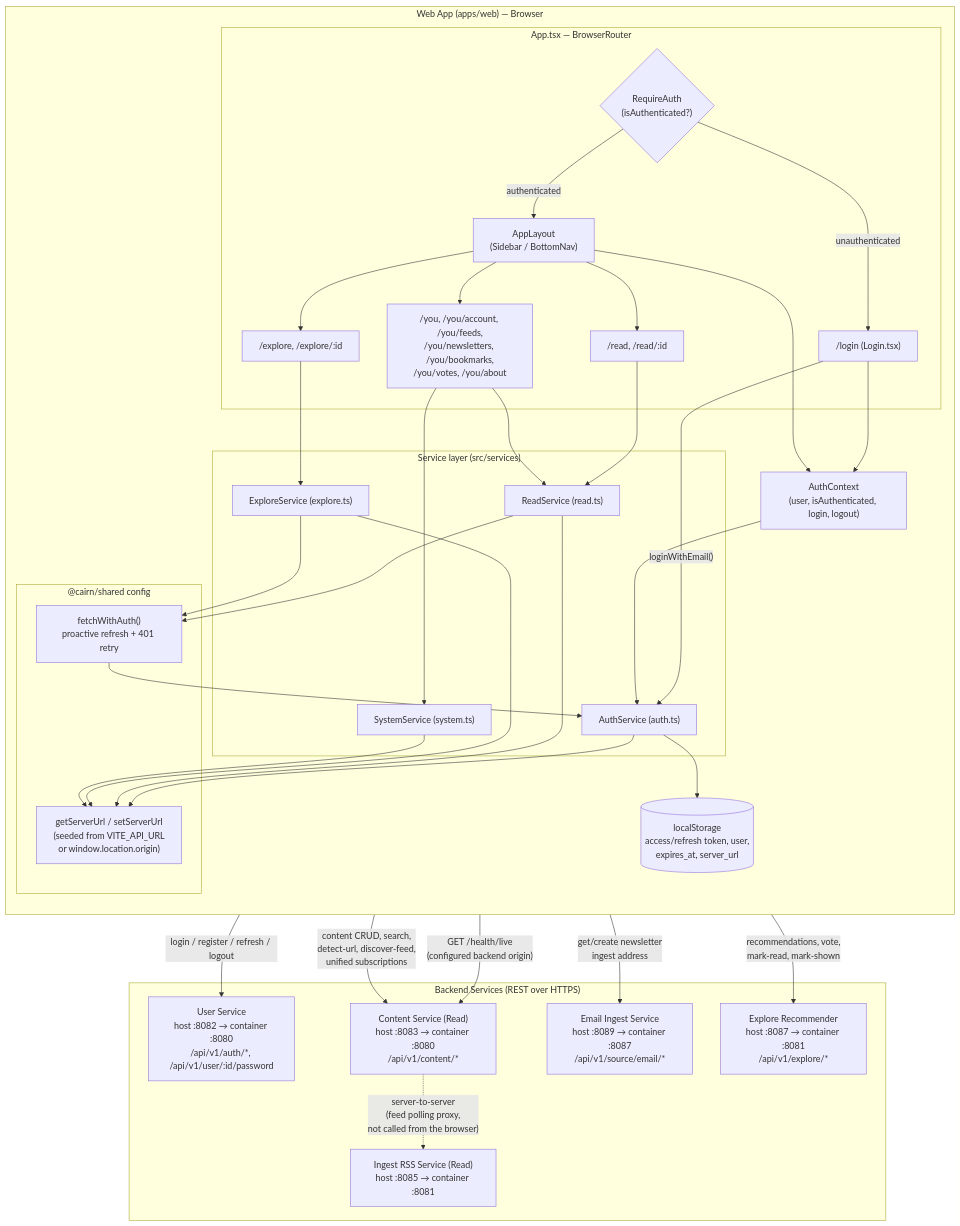
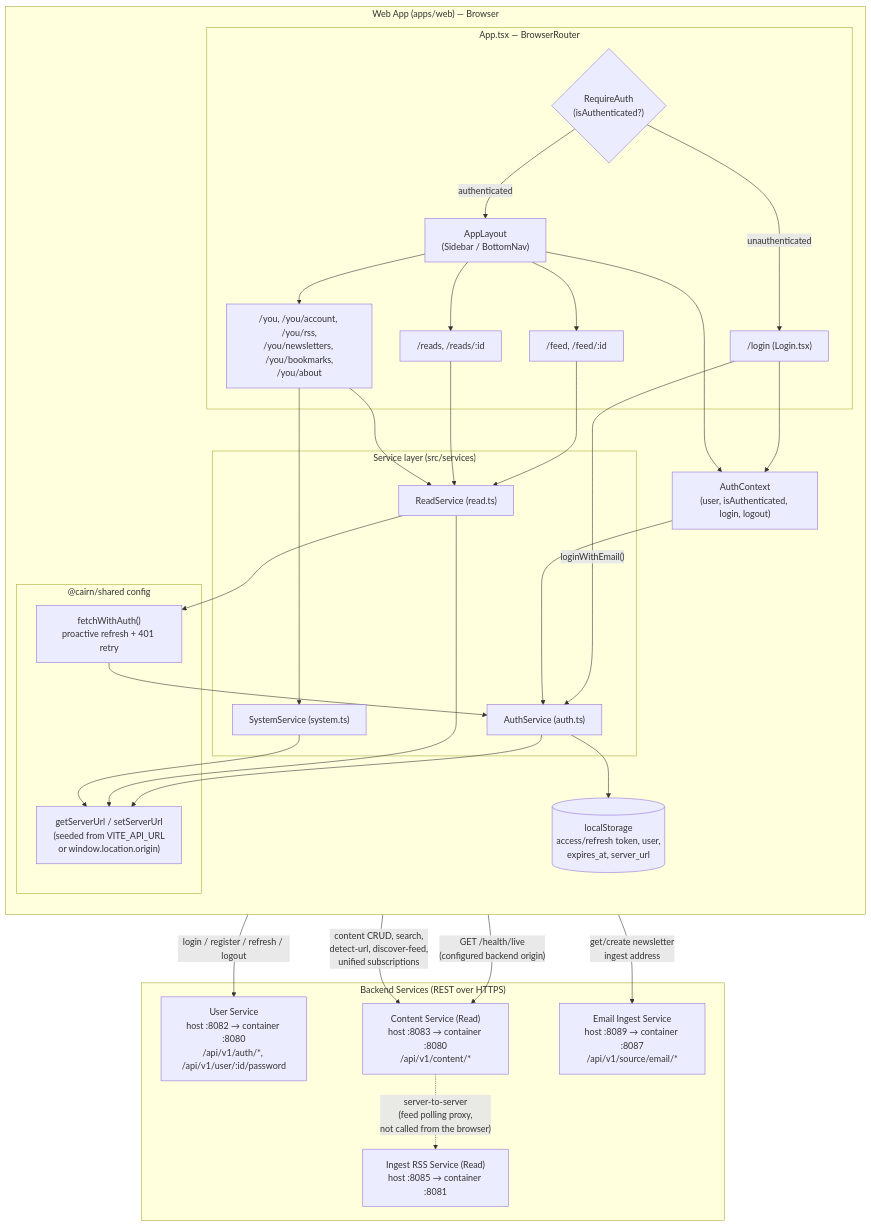
One commit to andrew-craig/cairn-reader changed the third of 8 diagrams in docs/ARCHITECTURE.md. Above: the diagram before and after it, drawn with Mermaid. The commit also changed other lines of this file and 24 other files, not shown here.

Commit message:
[task_082f] Docs: Feed/Reads model, Explore removal, config/deploy drift (#426)

````diff
--- a/docs/ARCHITECTURE.md
+++ b/docs/ARCHITECTURE.md
@@ -222,69 +209,64 @@
 ```mermaid
 flowchart TB
     subgraph Browser["Web App (apps/web) — Browser"]
         direction TB
 
         subgraph Routing["App.tsx — BrowserRouter"]
             Login["/login (Login.tsx)"]
             RequireAuth{"RequireAuth<br/>(isAuthenticated?)"}
             AppLayout["AppLayout<br/>(Sidebar / BottomNav)"]
-            Read["/read, /read/:id"]
-            Explore["/explore, /explore/:id"]
-            You["/you, /you/account, /you/feeds,<br/>/you/newsletters, /you/bookmarks,<br/>/you/votes, /you/about"]
+            Feed["/feed, /feed/:id"]
+            Reads["/reads, /reads/:id"]
+            You["/you, /you/account, /you/rss,<br/>/you/newsletters, /you/bookmarks,<br/>/you/about"]
         end
 
         AuthCtx["AuthContext<br/>(user, isAuthenticated, login, logout)"]
 
         subgraph Services["Service layer (src/services)"]
             AuthSvc["AuthService (auth.ts)"]
             ReadSvc["ReadService (read.ts)"]
-            ExploreSvc["ExploreService (explore.ts)"]
             SystemSvc["SystemService (system.ts)"]
         end
 
         subgraph SharedCfg["@cairn/shared config"]
             ServerUrl["getServerUrl / setServerUrl<br/>(seeded from VITE_API_URL<br/>or window.location.origin)"]
             FetchAuth["fetchWithAuth()<br/>proactive refresh + 401 retry"]
         end
 
         LS[("localStorage<br/>access/refresh token, user,<br/>expires_at, server_url")]
 
         Login -->|"loginWithEmail()"| AuthSvc
         RequireAuth -->|unauthenticated| Login
         RequireAuth -->|authenticated| AppLayout
-        AppLayout --> Read & Explore & You
+        AppLayout --> Feed & Reads & You
 
-        Read --> ReadSvc
+        Feed --> ReadSvc
+        Reads --> ReadSvc
         You --> ReadSvc
         You --> SystemSvc
-        Explore --> ExploreSvc
 
         Login --> AuthCtx
         AppLayout --> AuthCtx
         AuthCtx --> AuthSvc
         AuthSvc --> LS
         AuthSvc --> ServerUrl
 
         ReadSvc --> FetchAuth
-        ExploreSvc --> FetchAuth
         FetchAuth --> AuthSvc
         ReadSvc --> ServerUrl
-        ExploreSvc --> ServerUrl
         SystemSvc --> ServerUrl
     end
 
     subgraph Backend["Backend Services (REST over HTTPS)"]
         UserSvc["User Service<br/>host :8082 → container :8080<br/>/api/v1/auth/*, /api/v1/user/:id/password"]
         ContentSvc["Content Service (Read)<br/>host :8083 → container :8080<br/>/api/v1/content/*"]
         RssSvc["Ingest RSS Service (Read)<br/>host :8085 → container :8081"]
         EmailSvc["Email Ingest Service<br/>host :8089 → container :8087<br/>/api/v1/source/email/*"]
-        ExploreRec["Explore Recommender<br/>host :8087 → container :8081<br/>/api/v1/explore/*"]
     end
 
     AuthSvc -->|"login / register / refresh / logout"| UserSvc
     ReadSvc -->|"content CRUD, search,<br/>detect-url, discover-feed,<br/>unified subscriptions"| ContentSvc
     ReadSvc -->|"get/create newsletter<br/>ingest address"| EmailSvc
-    ExploreSvc -->|"recommendations, vote,<br/>mark-read, mark-shown"| ExploreRec
     SystemSvc -->|"GET /health/live<br/>(configured backend origin)"| ContentSvc
     ContentSvc -.->|"server-to-server<br/>(feed polling proxy,<br/>not called from the browser)"| RssSvc
 ```
````
